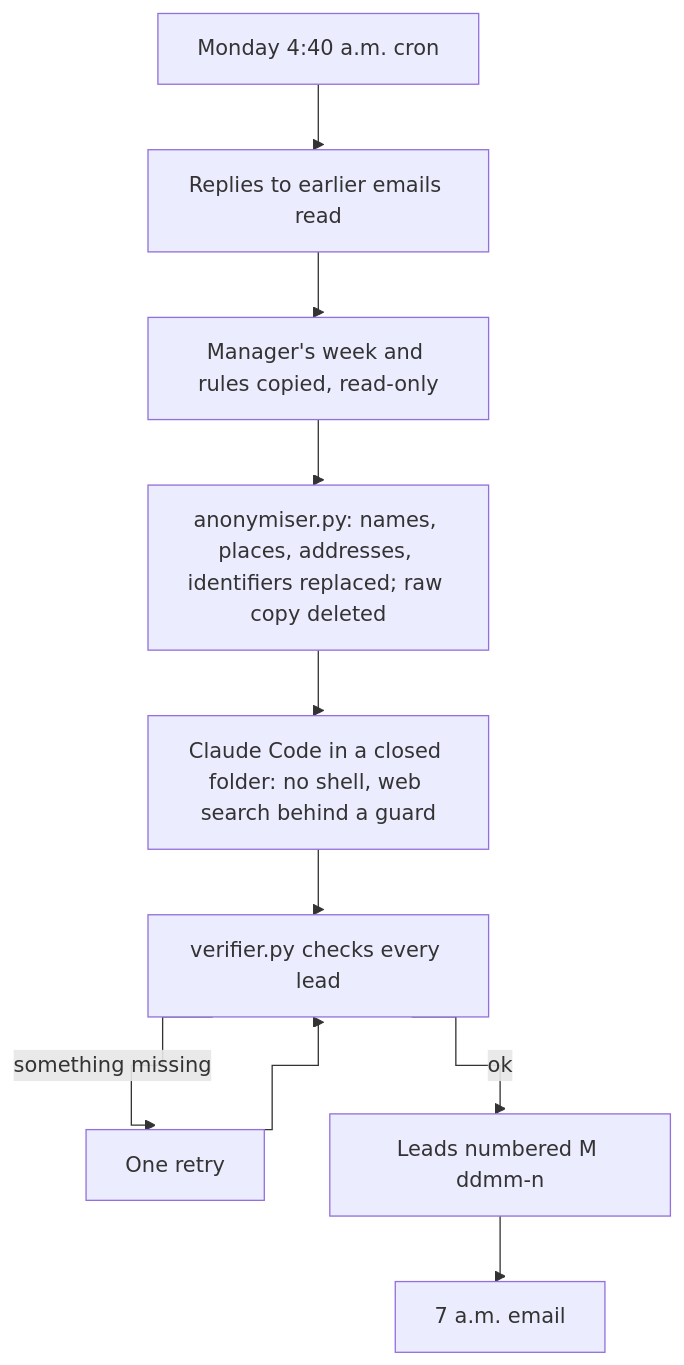
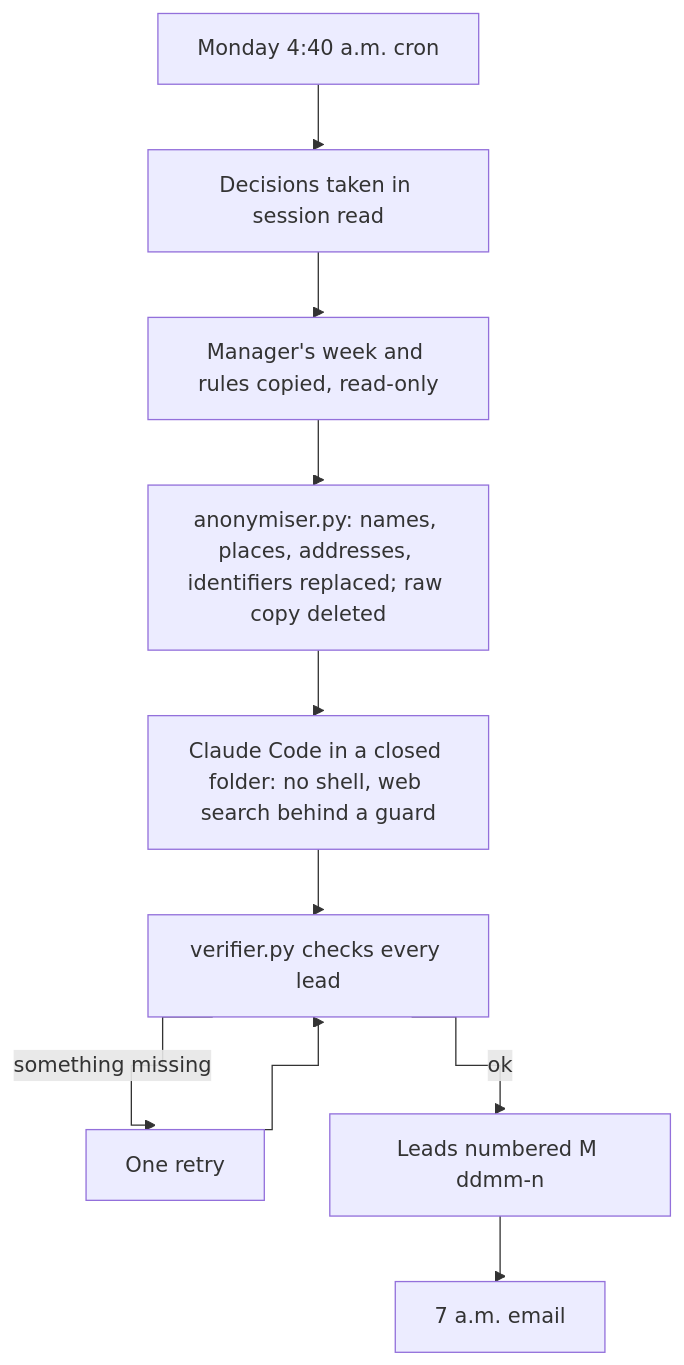
The first of 2 diagrams in README.md (anthohunt/agent-chercheur-management), drawn with Mermaid before and after one commit. The commit also changed other lines of this file and 3 other files, not shown here.

````diff
--- a/README.md
+++ b/README.md
@@ -22,13 +22,13 @@
 ```mermaid
 %%{init: {"flowchart": {"curve": "step"}}}%%
 flowchart TD
-    A["Monday 4:40 a.m. cron"] --> B["Replies to earlier emails read"]
+    A["Monday 4:40 a.m. cron"] --> B["Decisions taken in session read"]
     B --> C["Manager's week and rules copied, read-only"]
     C --> D["anonymiser.py: names, places, addresses, identifiers replaced; raw copy deleted"]
     D --> E["Claude Code in a closed folder: no shell, web search behind a guard"]
     E --> F["verifier.py checks every lead"]
     F -->|"something missing"| G["One retry"]
     G --> F
     F -->|"ok"| H["Leads numbered M ddmm-n"]
     H --> I["7 a.m. email"]
 ```
````
